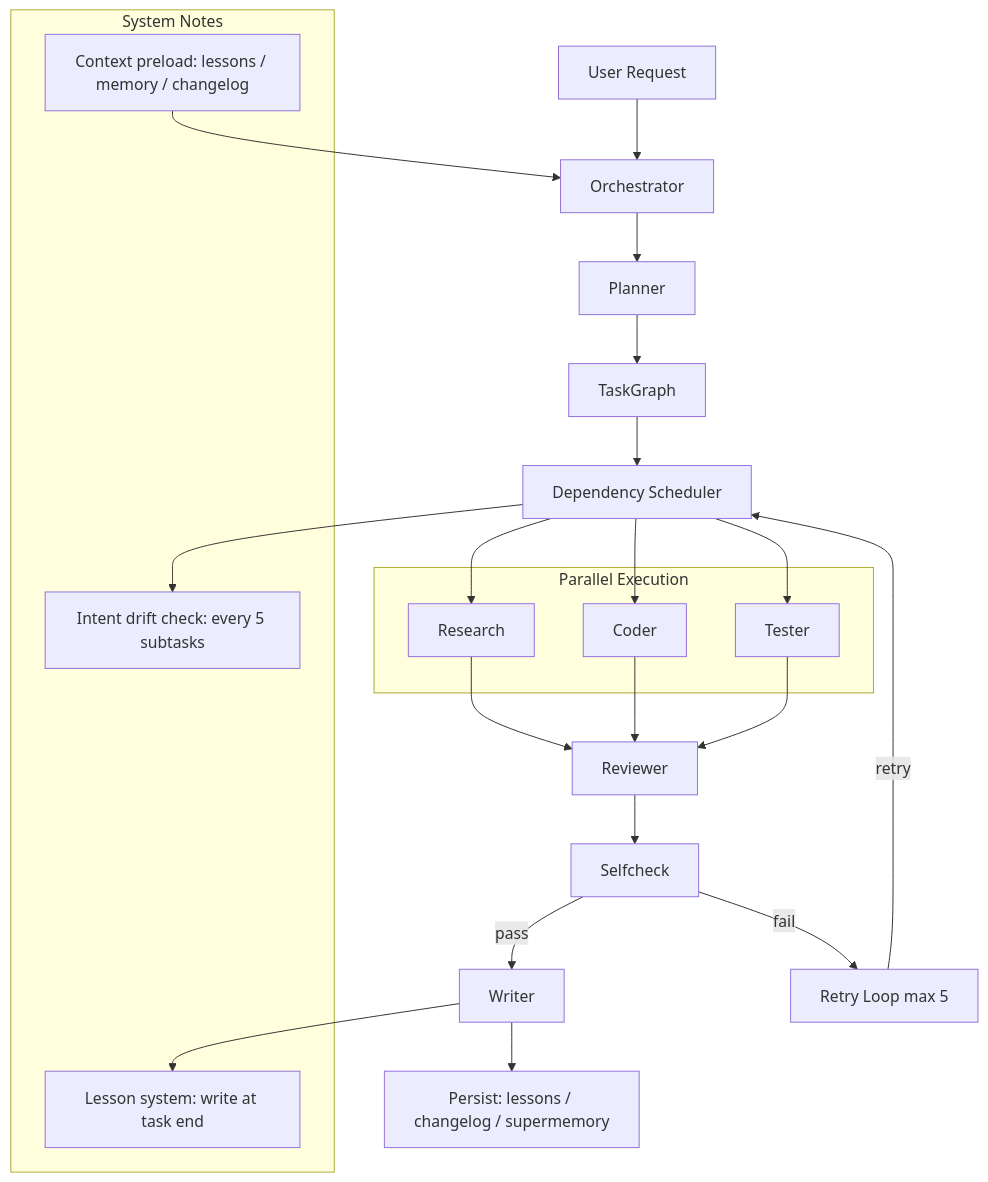
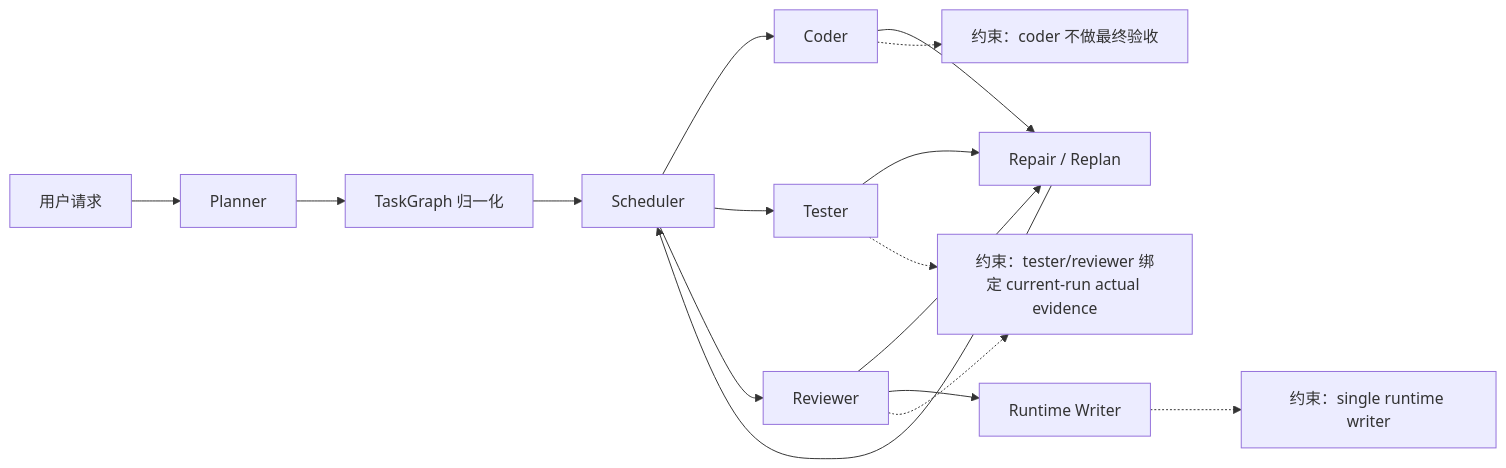
One commit to Wholiver/codemate changed the first of 3 diagrams in README.md. Above: the diagram before and after it, drawn with Mermaid. The commit also changed other lines of this file and 2 other files, not shown here.

Commit message:
docs: split architecture diagrams into focused sections

````diff
--- a/README.md
+++ b/README.md
@@ -95,38 +95,22 @@
 ```mermaid
-flowchart TD
-  request[User Request] --> orchestrator[Orchestrator]
-  orchestrator --> planner[Planner]
-  planner --> task_graph[TaskGraph]
-  task_graph --> scheduler[Dependency Scheduler]
+flowchart LR
+  U[用户请求] --> P[Planner]
+  P --> N[TaskGraph 归一化]
+  N --> S[Scheduler]
+  S --> C[Coder]
+  S --> T[Tester]
+  S --> R[Reviewer]
+  C --> RP[Repair / Replan]
+  T --> RP
+  R --> RP
+  RP --> S
+  R --> W[Runtime Writer]
 
-  subgraph parallel[Parallel Execution]
-    research[Research]
-    coder[Coder]
-    tester[Tester]
-  end
-
-  scheduler --> research
-  scheduler --> coder
-  scheduler --> tester
-
-  research --> reviewer[Reviewer]
-  coder --> reviewer
-  tester --> reviewer
-
-  reviewer --> selfcheck[Selfcheck]
-  selfcheck -->|pass| writer[Writer]
-  selfcheck -->|fail| retry_loop[Retry Loop max 5]
-  retry_loop -->|retry| scheduler
-
-  writer --> persistence[Persist: lessons / changelog / supermemory]
-
-  subgraph notes[System Notes]
-    preload_note[Context preload: lessons / memory / changelog]
-    write_note[Lesson system: write at task end]
-    drift_note[Intent drift check: every 5 subtasks]
-  end
-
-  preload_note --> orchestrator
-  writer --> write_note
-  scheduler --> drift_note
+  I1[约束：single runtime writer]
+  I2[约束：coder 不做最终验收]
+  I3[约束：tester/reviewer 绑定 current-run actual evidence]
+  W -.-> I1
+  C -.-> I2
+  T -.-> I3
+  R -.-> I3
 ```
````
